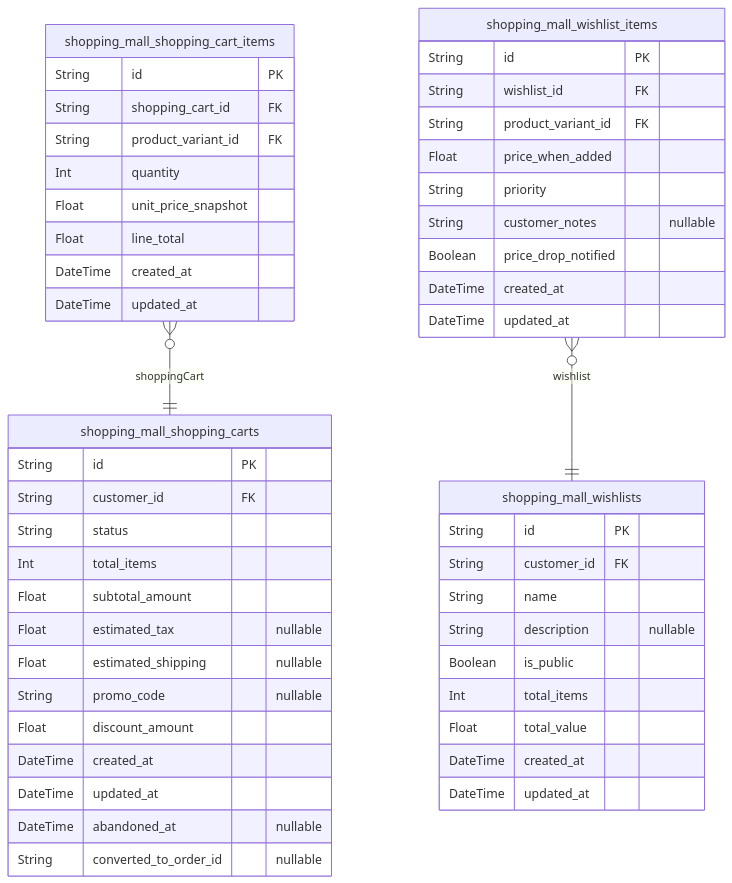
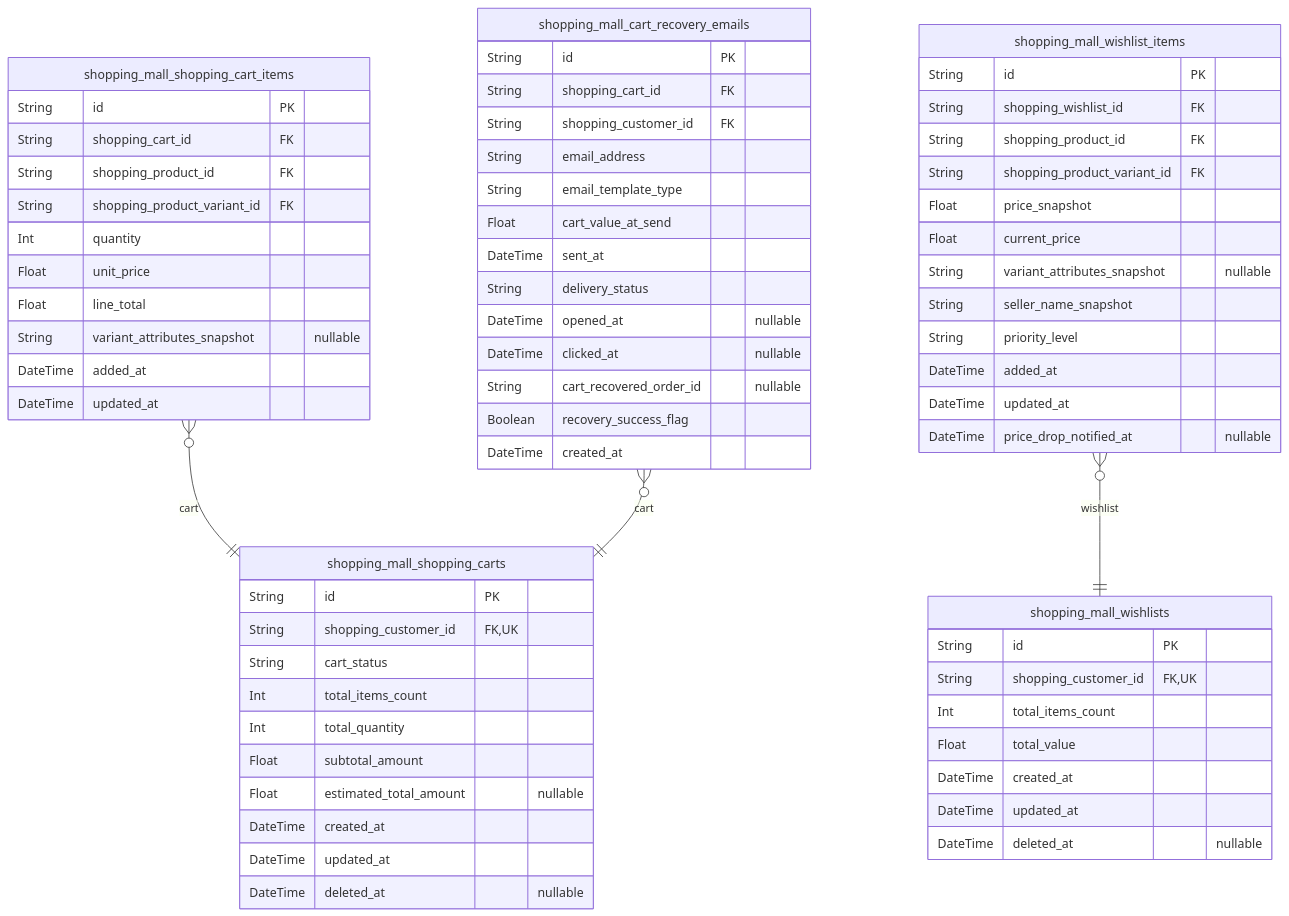
Before and after one commit to wrtnlabs/autobe-examples: the fifth of 12 diagrams in anthropic/claude-haiku-4.5/shopping/docs/ERD.md, drawn with Mermaid. The commit also changed other lines of this file and 16146 other files, not shown here.

````diff
--- a/anthropic/claude-haiku-4.5/shopping/docs/ERD.md
+++ b/anthropic/claude-haiku-4.5/shopping/docs/ERD.md
@@ -2122,52 +1807,68 @@
 ```mermaid
 erDiagram
 "shopping_mall_shopping_carts" {
   String id PK
-  String customer_id FK
-  String status
-  Int total_items
+  String shopping_customer_id FK,UK
+  String cart_status
+  Int total_items_count
+  Int total_quantity
   Float subtotal_amount
-  Float estimated_tax "nullable"
-  Float estimated_shipping "nullable"
-  String promo_code "nullable"
-  Float discount_amount
+  Float estimated_total_amount "nullable"
   DateTime created_at
   DateTime updated_at
-  DateTime abandoned_at "nullable"
-  String converted_to_order_id "nullable"
+  DateTime deleted_at "nullable"
 }
 "shopping_mall_shopping_cart_items" {
   String id PK
   String shopping_cart_id FK
-  String product_variant_id FK
+  String shopping_product_id FK
+  String shopping_product_variant_id FK
   Int quantity
-  Float unit_price_snapshot
+  Float unit_price
   Float line_total
-  DateTime created_at
+  String variant_attributes_snapshot "nullable"
+  DateTime added_at
   DateTime updated_at
 }
 "shopping_mall_wishlists" {
   String id PK
-  String customer_id FK
-  String name
-  String description "nullable"
-  Boolean is_public
-  Int total_items
+  String shopping_customer_id FK,UK
+  Int total_items_count
   Float total_value
   DateTime created_at
   DateTime updated_at
+  DateTime deleted_at "nullable"
 }
 "shopping_mall_wishlist_items" {
   String id PK
-  String wishlist_id FK
-  String product_variant_id FK
-  Float price_when_added
-  String priority
-  String customer_notes "nullable"
-  Boolean price_drop_notified
+  String shopping_wishlist_id FK
+  String shopping_product_id FK
+  String shopping_product_variant_id FK
+  Float price_snapshot
+  Float current_price
+  String variant_attributes_snapshot "nullable"
+  String seller_name_snapshot
+  String priority_level
+  DateTime added_at
+  DateTime updated_at
+  DateTime price_drop_notified_at "nullable"
+}
+"shopping_mall_cart_recovery_emails" {
+  String id PK
+  String shopping_cart_id FK
+  String shopping_customer_id FK
+  String email_address
+  String email_template_type
+  Float cart_value_at_send
+  DateTime sent_at
+  String delivery_status
+  DateTime opened_at "nullable"
+  DateTime clicked_at "nullable"
+  String cart_recovered_order_id "nullable"
+  Boolean recovery_success_flag
   DateTime created_at
-  DateTime updated_at
 }
-"shopping_mall_shopping_cart_items" }o--|| "shopping_mall_shopping_carts" : shoppingCart
+"shopping_mall_shopping_cart_items" }o--|| "shopping_mall_shopping_carts" : cart
 "shopping_mall_wishlist_items" }o--|| "shopping_mall_wishlists" : wishlist
+"shopping_mall_cart_recovery_emails" }o--|| "shopping_mall_shopping_carts" : cart
 ```
````
